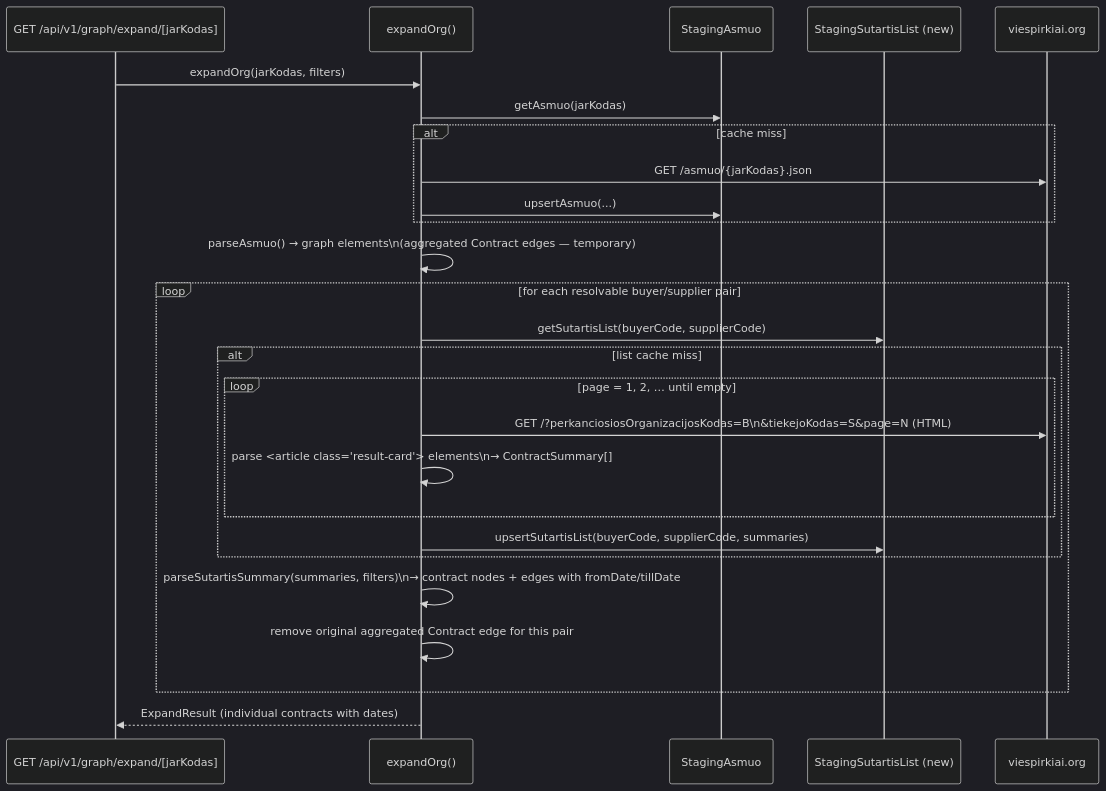
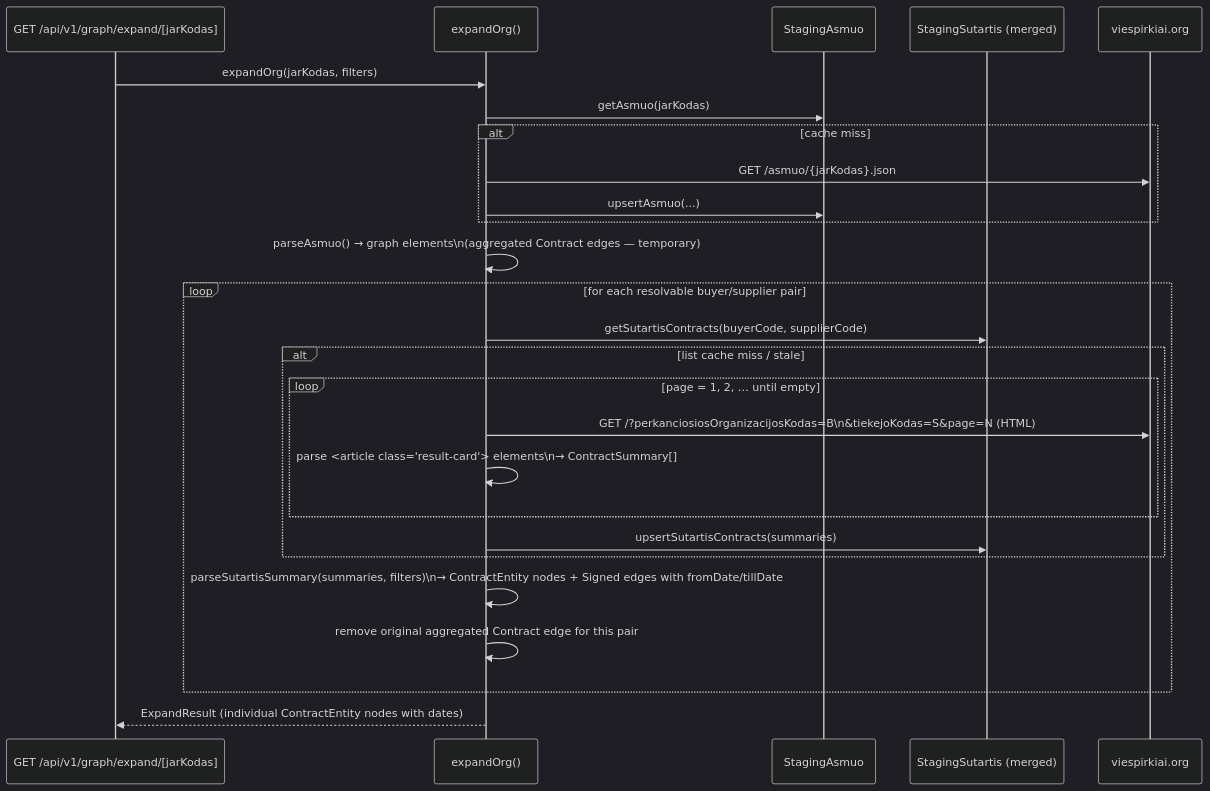
One commit to rimvydasb/risk-intelligence changed the second of 3 diagrams in docs/CONTRACT_DATE_ENRICHMENT_STORY.md. Above: the diagram before and after it, drawn with Mermaid (dark theme). The commit also changed other lines of this file and 21 other files, not shown here.

Commit message:
merge StagingSutartisList into StagingSutartis; implement HTML scraping for contract summaries; enrich graph with ContractEntity nodes and date filtering

````diff
--- a/docs/CONTRACT_DATE_ENRICHMENT_STORY.md
+++ b/docs/CONTRACT_DATE_ENRICHMENT_STORY.md
@@ -110,31 +147,31 @@
 ```mermaid
 sequenceDiagram
     participant API as GET /api/v1/graph/expand/[jarKodas]
     participant EXP as expandOrg()
     participant STGA as StagingAsmuo
-    participant STGL as StagingSutartisList (new)
+    participant STS as StagingSutartis (merged)
     participant VPK as viespirkiai.org
     API ->> EXP: expandOrg(jarKodas, filters)
     EXP ->> STGA: getAsmuo(jarKodas)
     alt cache miss
         EXP ->> VPK: GET /asmuo/{jarKodas}.json
         EXP ->> STGA: upsertAsmuo(...)
     end
     EXP ->> EXP: parseAsmuo() → graph elements\n(aggregated Contract edges — temporary)
 
     loop for each resolvable buyer/supplier pair
-        EXP ->> STGL: getSutartisList(buyerCode, supplierCode)
-        alt list cache miss
+        EXP ->> STS: getSutartisContracts(buyerCode, supplierCode)
+        alt list cache miss / stale
             loop page = 1, 2, … until empty
                 EXP ->> VPK: GET /?perkanciosiosOrganizacijosKodas=B\n&tiekejoKodas=S&page=N (HTML)
                 EXP ->> EXP: parse <article class="result-card"> elements\n→ ContractSummary[]
             end
-            EXP ->> STGL: upsertSutartisList(buyerCode, supplierCode, summaries)
+            EXP ->> STS: upsertSutartisContracts(summaries)
         end
 
-        EXP ->> EXP: parseSutartisSummary(summaries, filters)\n→ contract nodes + edges with fromDate/tillDate
+        EXP ->> EXP: parseSutartisSummary(summaries, filters)\n→ ContractEntity nodes + Signed edges with fromDate/tillDate
         EXP ->> EXP: remove original aggregated Contract edge for this pair
     end
 
-    EXP -->> API: ExpandResult (individual contracts with dates)
+    EXP -->> API: ExpandResult (individual ContractEntity nodes with dates)
 ```
````
